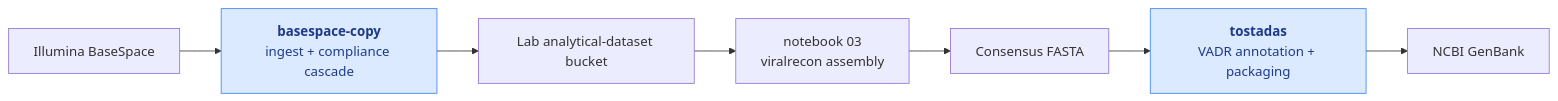
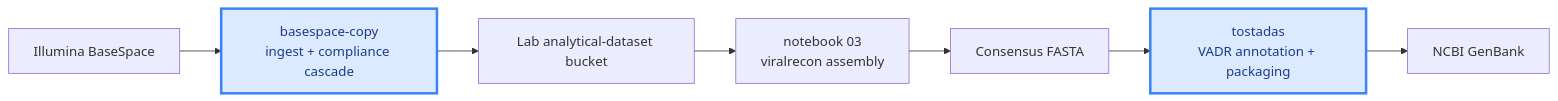
Before and after one commit to azpathogens/apgap-documentation: the diagram in content/docs/apgap_ecosystem/pipelines/_index.md, drawn with Mermaid.

Commit message:
Drop b tags from mermaid diagram to survive strict securityLevel

````diff
--- a/content/docs/apgap_ecosystem/pipelines/_index.md
+++ b/content/docs/apgap_ecosystem/pipelines/_index.md
@@ -18,15 +18,15 @@
 ```mermaid
 flowchart LR
     BS[Illumina BaseSpace]
-    BC["<b>basespace-copy</b><br/>ingest + compliance cascade"]
+    BC["basespace-copy<br/>ingest + compliance cascade"]
     LB[Lab analytical-dataset bucket]
     NB03[notebook 03<br/>viralrecon assembly]
     CG[Consensus FASTA]
-    TS["<b>tostadas</b><br/>VADR annotation + packaging"]
+    TS["tostadas<br/>VADR annotation + packaging"]
     NCBI[NCBI GenBank]
 
     BS --> BC --> LB --> NB03 --> CG --> TS --> NCBI
 
-    style BC fill:#dbeafe,stroke:#3b82f6,color:#1e3a8a
-    style TS fill:#dbeafe,stroke:#3b82f6,color:#1e3a8a
+    style BC fill:#dbeafe,stroke:#3b82f6,stroke-width:3px,color:#1e3a8a
+    style TS fill:#dbeafe,stroke:#3b82f6,stroke-width:3px,color:#1e3a8a
 ```
````
